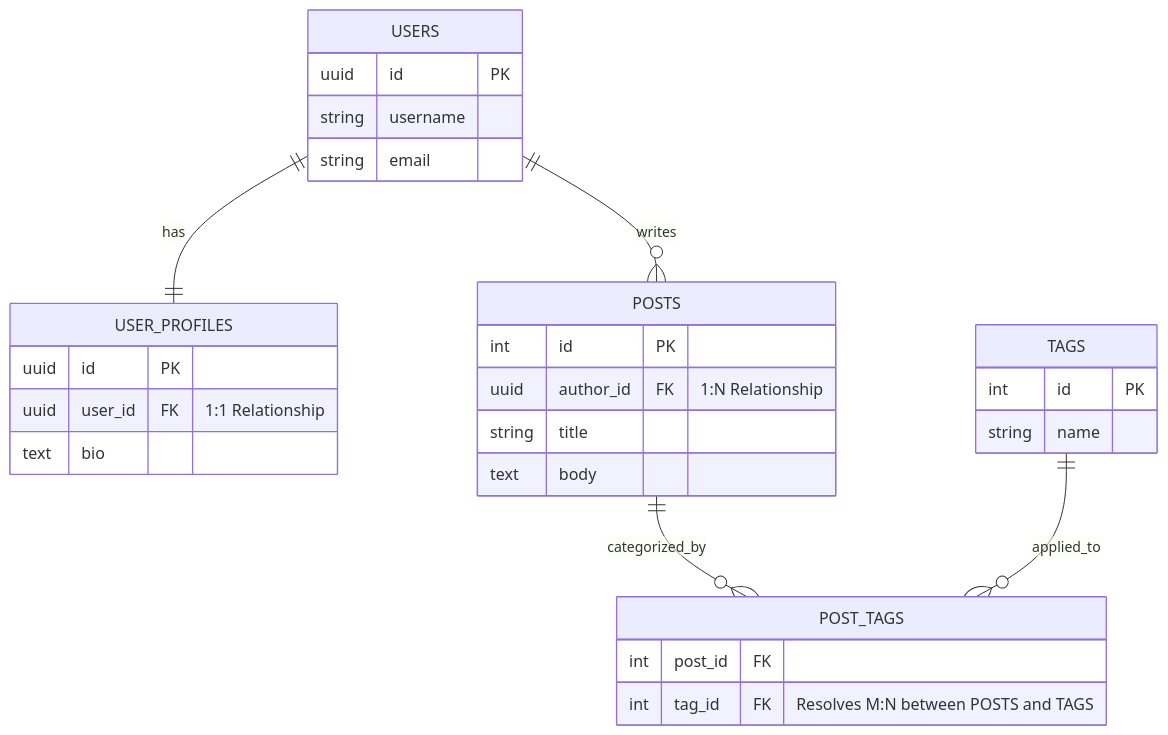
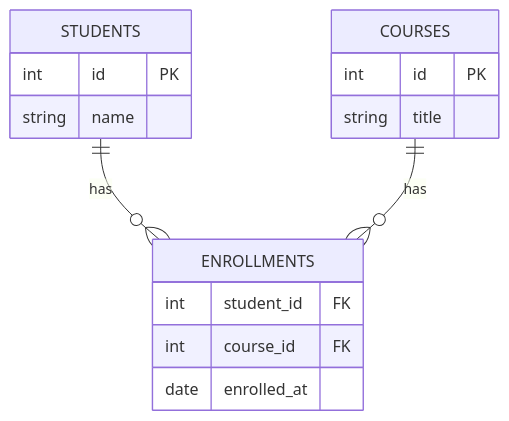
Before and after one commit to Enggvault/Full-stack: the second of 7 diagrams in 08-databases/notes.md, drawn with Mermaid. The commit also changed other lines of this file, not shown here.

````diff
--- a/08-databases/notes.md
+++ b/08-databases/notes.md
@@ -247,32 +212,19 @@
 ```mermaid
 erDiagram
-    USERS {
-        uuid id PK
-        string username
-        string email
-    }
-    USER_PROFILES {
-        uuid id PK
-        uuid user_id FK "1:1 Relationship"
-        text bio
-    }
-    POSTS {
-        int id PK
-        uuid author_id FK "1:N Relationship"
-        string title
-        text body
-    }
-    TAGS {
+    STUDENTS ||--o{ ENROLLMENTS : "has"
+    COURSES ||--o{ ENROLLMENTS : "has"
+    
+    STUDENTS {
         int id PK
         string name
     }
-    POST_TAGS {
-        int post_id FK
-        int tag_id FK "Resolves M:N between POSTS and TAGS"
+    COURSES {
+        int id PK
+        string title
     }
-
-    USERS ||--|| USER_PROFILES : has
-    USERS ||--o{ POSTS : writes
-    POSTS ||--o{ POST_TAGS : categorized_by
-    TAGS ||--o{ POST_TAGS : applied_to
+    ENROLLMENTS {
+        int student_id FK
+        int course_id FK
+        date enrolled_at
+    }
 ```
````
